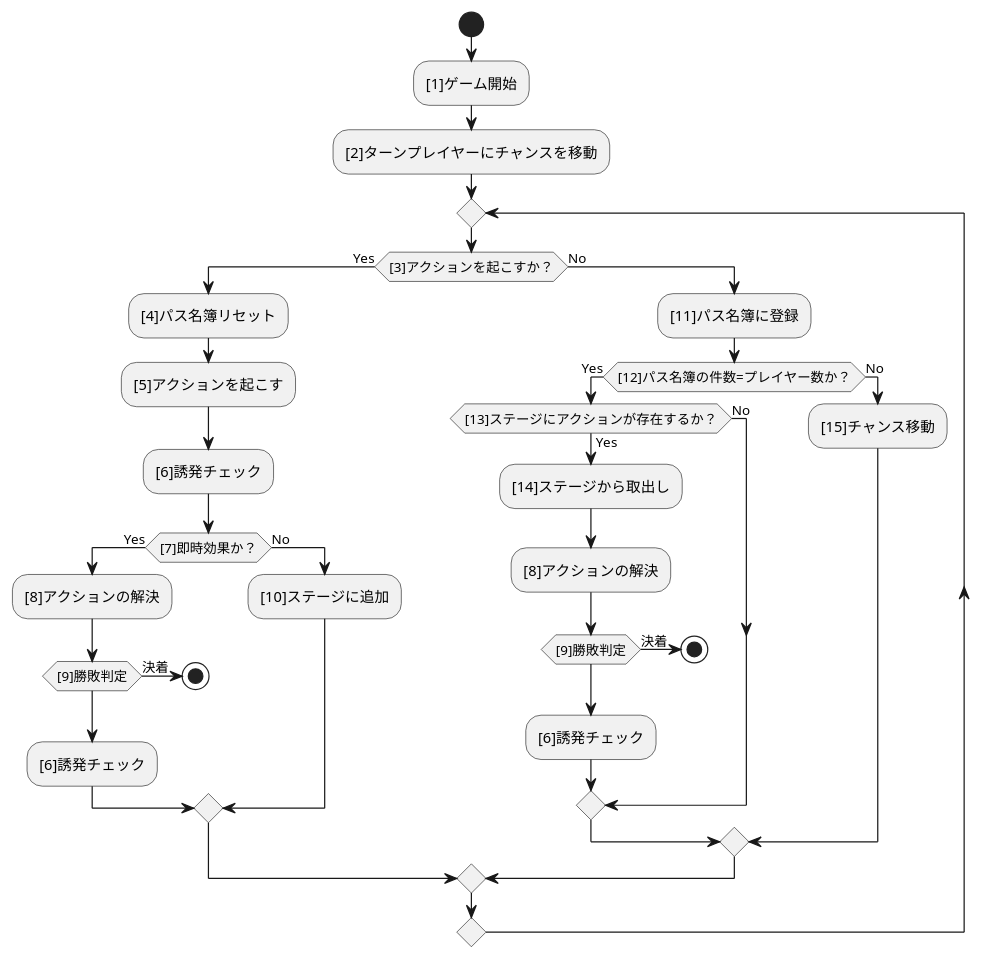
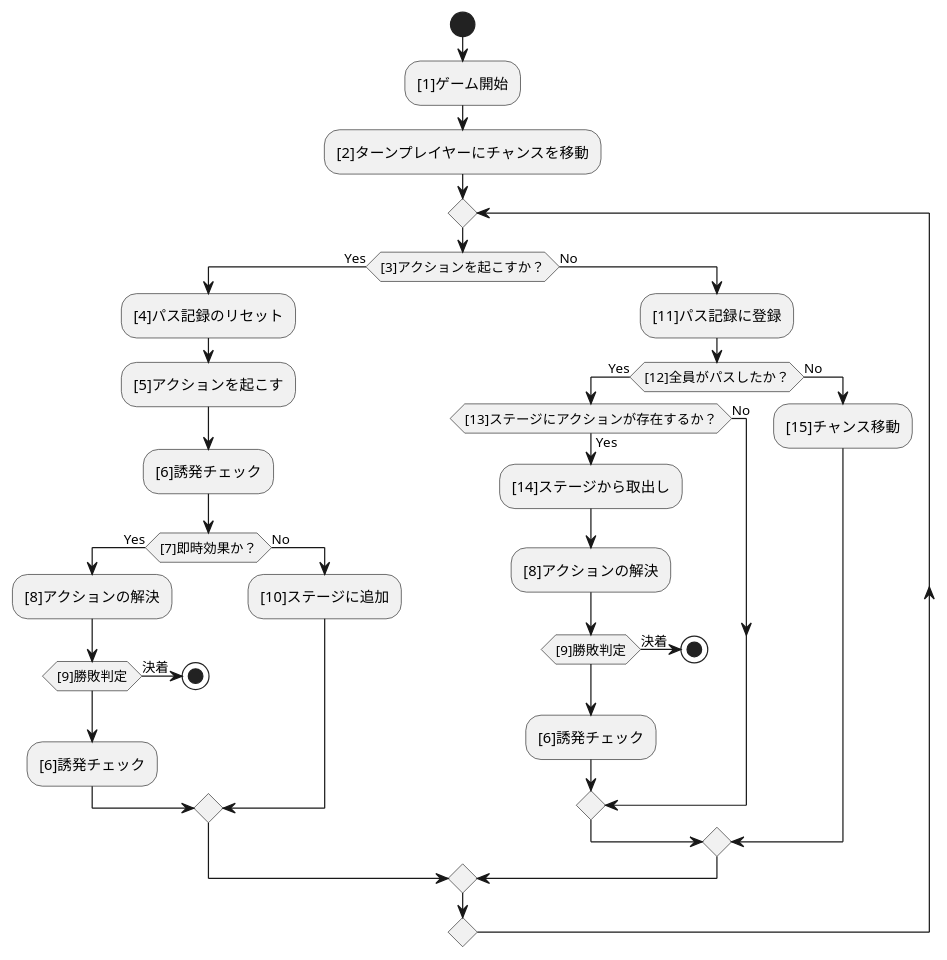
The diagram in source/core/coreflow.puml (BlackPoker/BlackPoker), drawn with PlantUML before and after one commit. The commit also changed 1 other file, not shown here.

```diff
--- a/source/core/coreflow.puml
+++ b/source/core/coreflow.puml
@@ -1,36 +1,36 @@
 @startuml
 start
 :[1]ゲーム開始;
 :[2]ターンプレイヤーにチャンスを移動;
 repeat
 if ([3]アクションを起こすか？) then (Yes)
-    :[4]パス名簿リセット;
+    :[4]パス記録のリセット;
     :[5]アクションを起こす;
     :[6]誘発チェック;
     if ([7]即時効果か？) then (Yes)
         :[8]アクションの解決;
         if ([9]勝敗判定) then (決着)
             stop
         endif
         :[6]誘発チェック;
     else (No)
         :[10]ステージに追加;
     endif
 else (No)
-    :[11]パス名簿に登録;
-    if ([12]パス名簿の件数=プレイヤー数か？) then (Yes)
+    :[11]パス記録に登録;
+    if ([12]全員がパスしたか？) then (Yes)
         if ([13]ステージにアクションが存在するか？) then (Yes)
             :[14]ステージから取出し;
             :[8]アクションの解決;
             if ([9]勝敗判定) then (決着)
                 stop
             endif
             :[6]誘発チェック;
         else (No)
         endif
     else (No)
         :[15]チャンス移動;
     endif
 endif
 repeat while()
 @enduml
```
